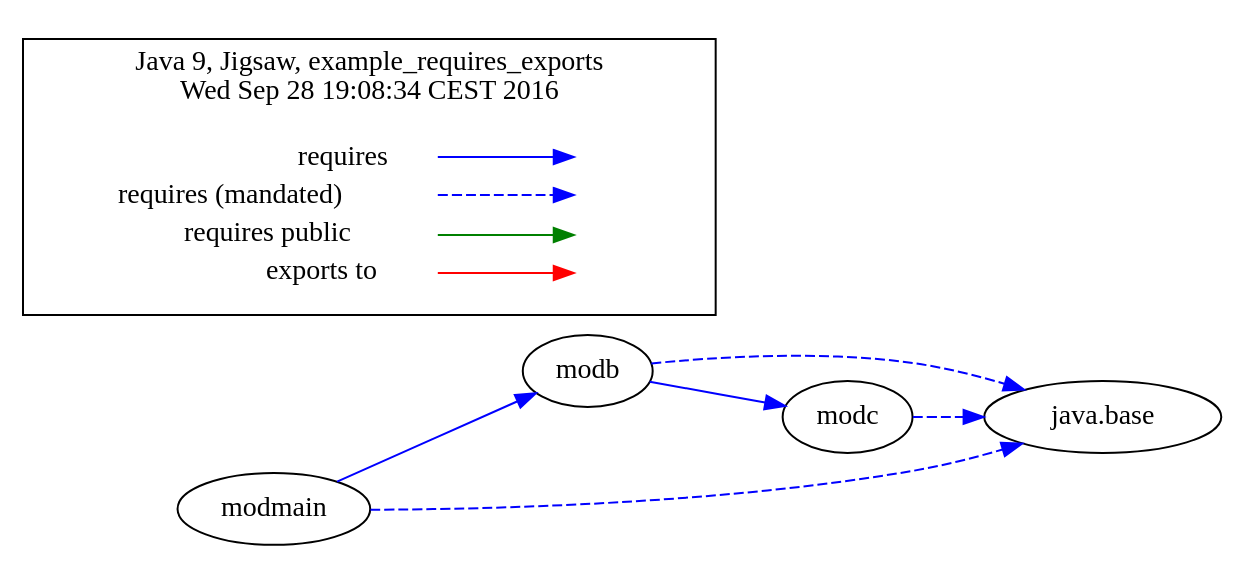
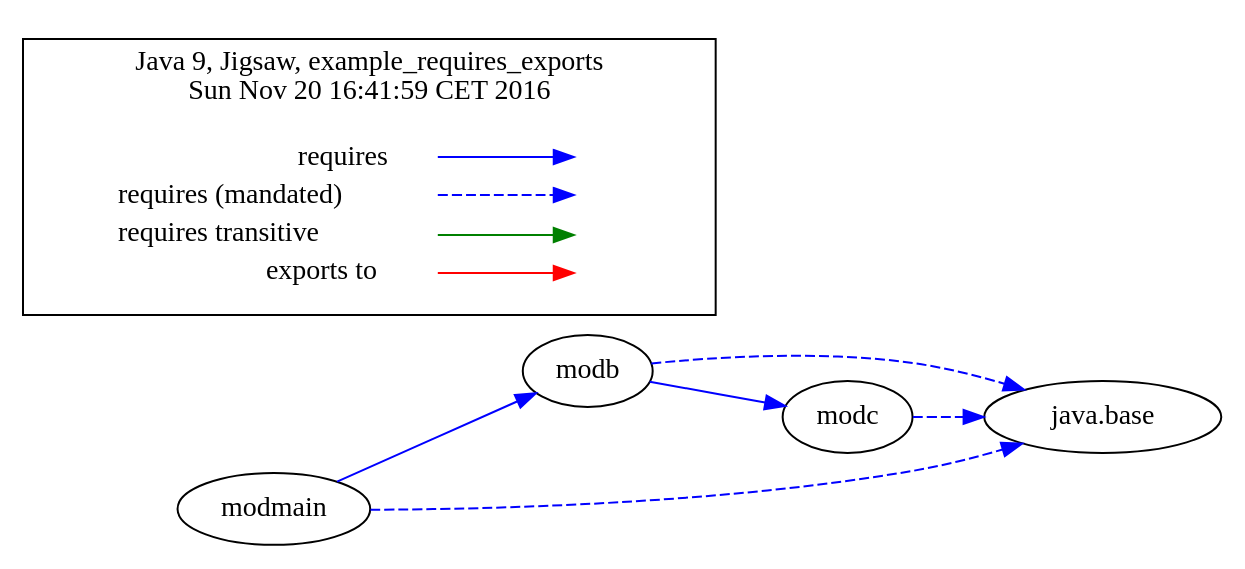
The diagram in jigsaw-examples/example_requires_exports/moduledependencies-withlegend.dot (accso/java9-jigsaw-examples), drawn with Graphviz before and after one commit. The commit also changed 84 other files, not shown here.

```diff
--- a/jigsaw-examples/example_requires_exports/moduledependencies-withlegend.dot
+++ b/jigsaw-examples/example_requires_exports/moduledependencies-withlegend.dot
@@ -1,35 +1,35 @@
-# Created by depvis.JigsawDepVisualizer on Wed Sep 28 19:08:34 CEST 2016
+# Created by depvis.JigsawDepVisualizer on Sun Nov 20 16:41:59 CET 2016
 digraph Java9_Dependency_Visualizer {
 modmain[fontname="Consolas",shape="ellipse",label="modmain"];
 modb[fontname="Consolas",shape="ellipse",label="modb"];
 java_base[fontname="Consolas",shape="ellipse",label="java.base"];
 modc[fontname="Consolas",shape="ellipse",label="modc"];
 modmain -> modb[color="#0000ff",fontname="Consolas",fontcolor="#0000ff",weight="8"]
 modmain -> java_base[color="#0000ff",fontname="Consolas",fontcolor="#0000ff",style="dashed",weight="16"]
-modc -> java_base[color="#0000ff",fontname="Consolas",fontcolor="#0000ff",style="dashed",weight="16"]
 modb -> modc[color="#0000ff",fontname="Consolas",fontcolor="#0000ff",weight="8"]
 modb -> java_base[color="#0000ff",fontname="Consolas",fontcolor="#0000ff",style="dashed",weight="16"]
+modc -> java_base[color="#0000ff",fontname="Consolas",fontcolor="#0000ff",style="dashed",weight="16"]
 rankdir=LR
 node [shape=plaintext]
 subgraph cluster_01 { 
   label = "Java 9, Jigsaw, example_requires_exports
-Wed Sep 28 19:08:34 CEST 2016"
+Sun Nov 20 16:41:59 CET 2016"
   fontname="Consolas"
   key [label=<<table border="0" cellpadding="2" cellspacing="0" cellborder="0">
     <tr><td align="right" port="i1">requires</td></tr>
     <tr><td align="right" port="i2">requires (mandated)</td></tr>
-    <tr><td align="right" port="i3">requires public</td></tr>
+    <tr><td align="right" port="i3">requires transitive</td></tr>
     <tr><td align="right" port="i4">exports to</td></tr>
     </table>>,fontname="Consolas"]
   key2 [label=<<table border="0" cellpadding="2" cellspacing="0" cellborder="0">
     <tr><td port="i1">&nbsp;</td></tr>
     <tr><td port="i2">&nbsp;</td></tr>
     <tr><td port="i3">&nbsp;</td></tr>
     <tr><td port="i4">&nbsp;</td></tr>
     </table>>,fontname="Consolas"]
   key:i1:e -> key2:i1:w [color=BLUE]
   key:i2:e -> key2:i2:w [color=BLUE, style=dashed]
   key:i3:e -> key2:i3:w [color=GREEN]
   key:i4:e -> key2:i4:w [color=RED]
 }
 }
```
